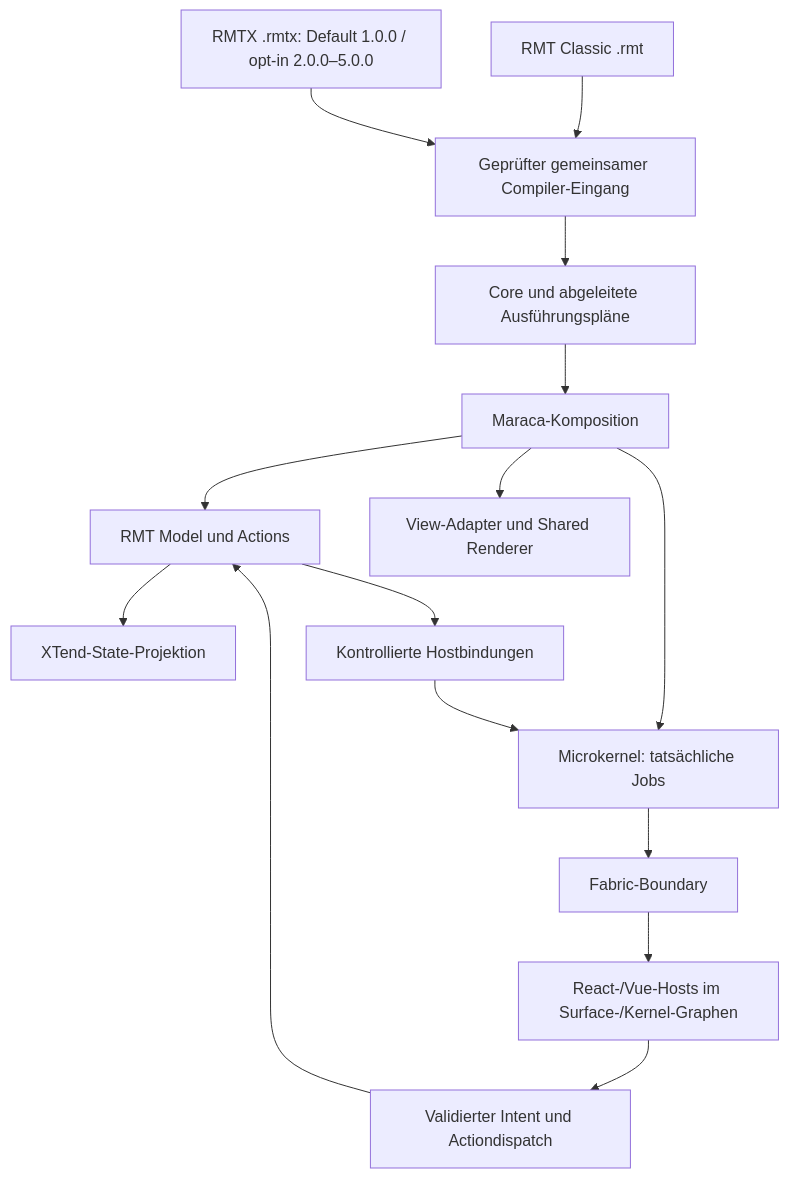
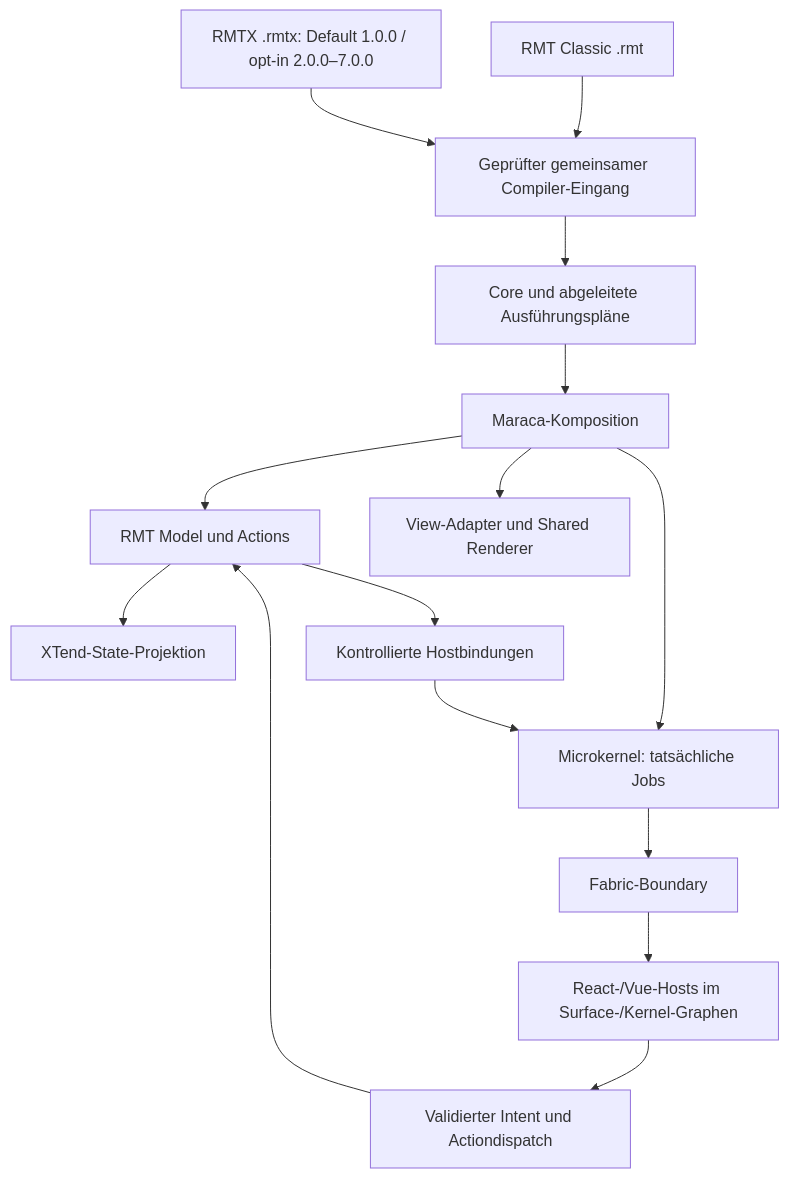
The diagram in development/XTend-0.9-RMTX-und-XTensions-2.0-Bestandsaufnahme.md (konnilabs/xtend), drawn with Mermaid before and after one commit. The commit also changed other lines of this file and 251 other files, not shown here.

First line of the commit message:
feat: add native orchestration runtime and surface graph implementations

````diff
--- a/development/XTend-0.9-RMTX-und-XTensions-2.0-Bestandsaufnahme.md
+++ b/development/XTend-0.9-RMTX-und-XTensions-2.0-Bestandsaufnahme.md
@@ -51,17 +51,17 @@
 ```mermaid
 flowchart TD
   Classic["RMT Classic .rmt"] --> AST["Geprüfter gemeinsamer Compiler-Eingang"]
-  RMTX["RMTX .rmtx: Default 1.0.0 / opt-in 2.0.0–5.0.0"] --> AST
+  RMTX["RMTX .rmtx: Default 1.0.0 / opt-in 2.0.0–7.0.0"] --> AST
   AST --> Plans["Core und abgeleitete Ausführungspläne"]
   Plans --> Maraca["Maraca-Komposition"]
   Maraca --> Model["RMT Model und Actions"]
   Model --> State["XTend-State-Projektion"]
   Model --> Binding["Kontrollierte Hostbindungen"]
   Maraca --> Kernel["Microkernel: tatsächliche Jobs"]
   Binding --> Kernel
   Kernel --> Fabric["Fabric-Boundary"]
   Fabric --> Hosts["React-/Vue-Hosts im Surface-/Kernel-Graphen"]
   Hosts --> Intent["Validierter Intent und Actiondispatch"]
   Intent --> Model
   Maraca --> View["View-Adapter und Shared Renderer"]
 ```
````
